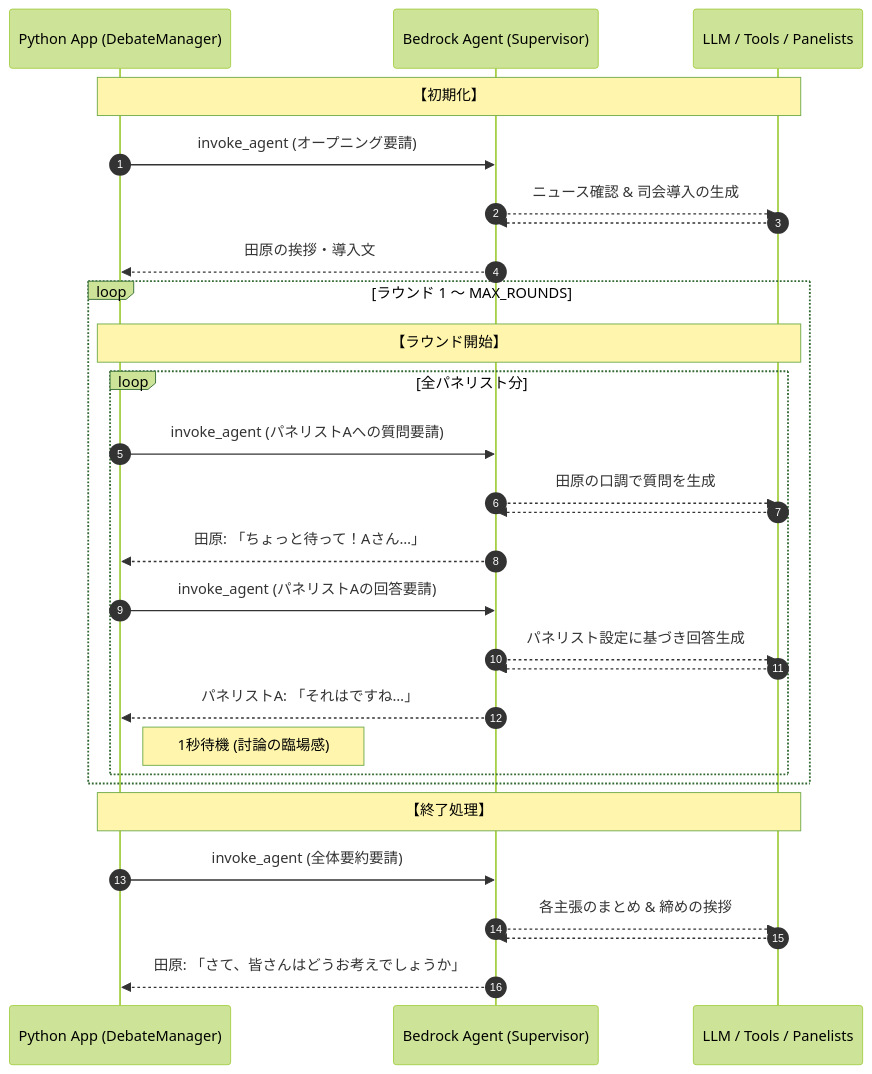
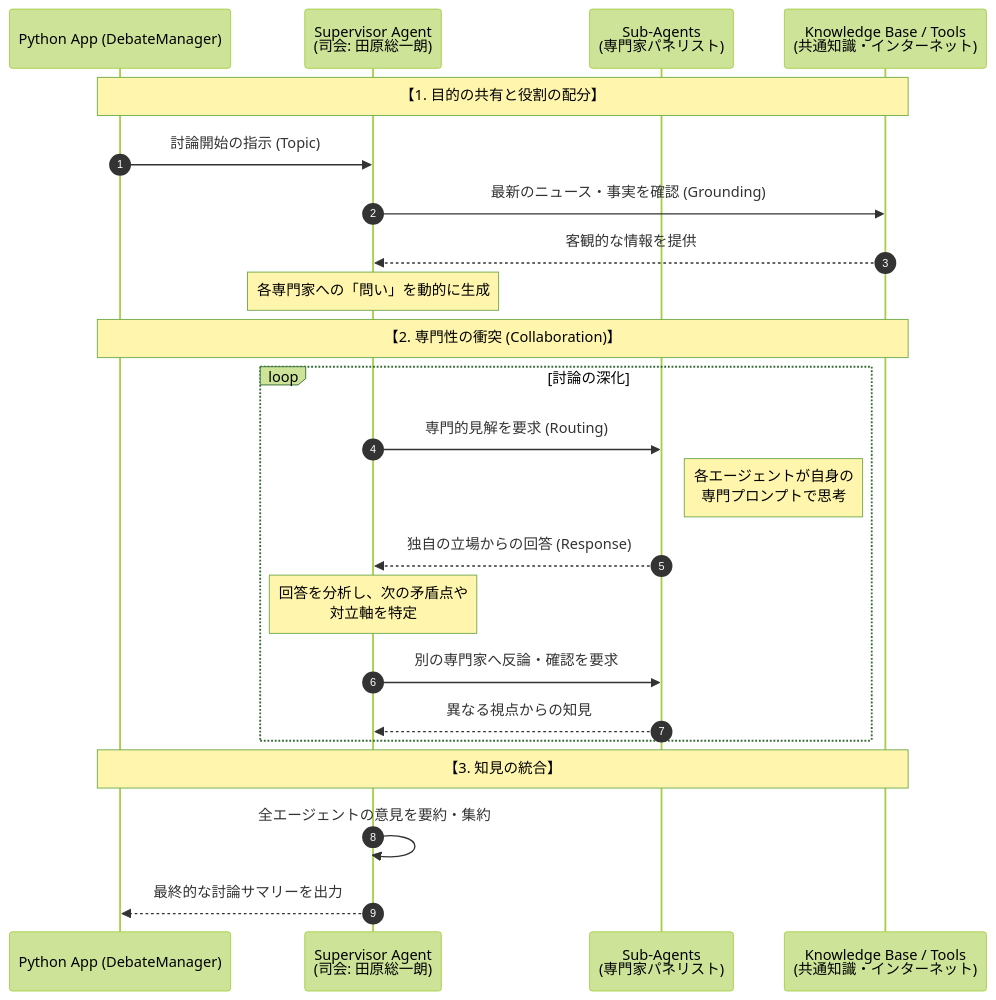
The diagram in 70.サンプルコード/70-90-030.朝まで生テレビーBedrockエージェント版＋.md (awk256/strandsagents), drawn with Mermaid (forest theme) before and after one commit. The commit also changed other lines of this file and 3 other files, not shown here.

````diff
--- a/70.サンプルコード/70-90-030.朝まで生テレビーBedrockエージェント版＋.md
+++ b/70.サンプルコード/70-90-030.朝まで生テレビーBedrockエージェント版＋.md
@@ -9,36 +8,30 @@
 ```mermaid
 sequenceDiagram
     autonumber
     participant App as Python App (DebateManager)
-    participant Agent as Bedrock Agent (Supervisor)
-    participant Model as LLM / Tools / Panelists
+    participant Supervisor as Supervisor Agent<br/>(司会: 田原総一朗)
+    participant Expert as Sub-Agents<br/>(専門家パネリスト)
+    participant KB as Knowledge Base / Tools<br/>(共通知識・インターネット)
 
-    Note over App, Model: 【初期化】
-    App->>Agent: invoke_agent (オープニング要請)
-    Agent-->>Model: ニュース確認 & 司会導入の生成
-    Model-->>Agent: 
-    Agent-->>App: 田原の挨拶・導入文
+    Note over App, KB: 【1. 目的の共有と役割の配分】
+    App->>Supervisor: 討論開始の指示 (Topic)
+    Supervisor->>KB: 最新のニュース・事実を確認 (Grounding)
+    KB-->>Supervisor: 客観的な情報を提供
+    Note over Supervisor: 各専門家への「問い」を動的に生成
 
-    Loop ラウンド 1 〜 MAX_ROUNDS
-        Note over App, Model: 【ラウンド開始】
-        Loop 全パネリスト分
-            App->>Agent: invoke_agent (パネリストAへの質問要請)
-            Agent-->>Model: 田原の口調で質問を生成
-            Model-->>Agent: 
-            Agent-->>App: 田原: 「ちょっと待って！Aさん…」
-
-            App->>Agent: invoke_agent (パネリストAの回答要請)
-            Agent-->>Model: パネリスト設定に基づき回答生成
-            Model-->>Agent: 
-            Agent-->>App: パネリストA: 「それはですね…」
-            
-            Note right of App: 1秒待機 (討論の臨場感)
-        End
+    Note over App, KB: 【2. 専門性の衝突 (Collaboration)】
+    Loop 討論の深化
+        Supervisor->>Expert: 専門的見解を要求 (Routing)
+        Note right of Expert: 各エージェントが自身の<br/>専門プロンプトで思考
+        Expert-->>Supervisor: 独自の立場からの回答 (Response)
+        
+        Note over Supervisor: 回答を分析し、次の矛盾点や<br/>対立軸を特定
+        
+        Supervisor->>Expert: 別の専門家へ反論・確認を要求
+        Expert-->>Supervisor: 異なる視点からの知見
     End
 
-    Note over App, Model: 【終了処理】
-    App->>Agent: invoke_agent (全体要約要請)
-    Agent-->>Model: 各主張のまとめ & 締めの挨拶
-    Model-->>Agent: 
-    Agent-->>App: 田原: 「さて、皆さんはどうお考えでしょうか」
+    Note over App, KB: 【3. 知見の統合】
+    Supervisor->>Supervisor: 全エージェントの意見を要約・集約
+    Supervisor-->>App: 最終的な討論サマリーを出力
 ```
````
